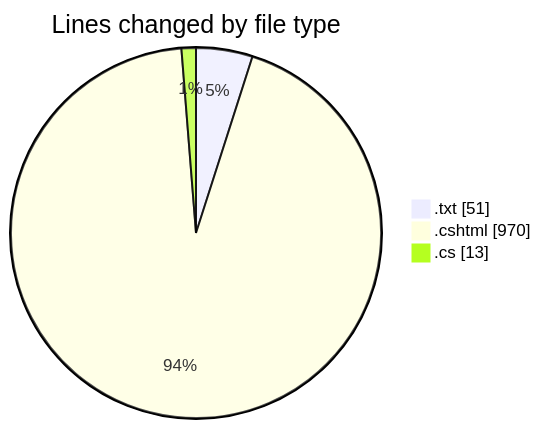
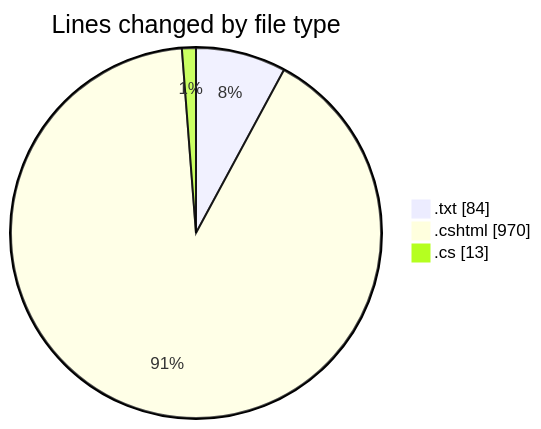
Before and after one commit to lephambinh05/code-tracking: the first of 2 diagrams in 2025-07-25/quanlyrapchieuphim-1/README.md, drawn with Mermaid. The commit also changed other lines of this file and 1 other file, not shown here.

````diff
--- a/2025-07-25/quanlyrapchieuphim-1/README.md
+++ b/2025-07-25/quanlyrapchieuphim-1/README.md
@@ -23,7 +23,7 @@
 ```mermaid
 pie showData
 title Lines changed by file type
-".txt" : 51
+".txt" : 84
 ".cshtml" : 970
 ".cs" : 13
 ```
````
